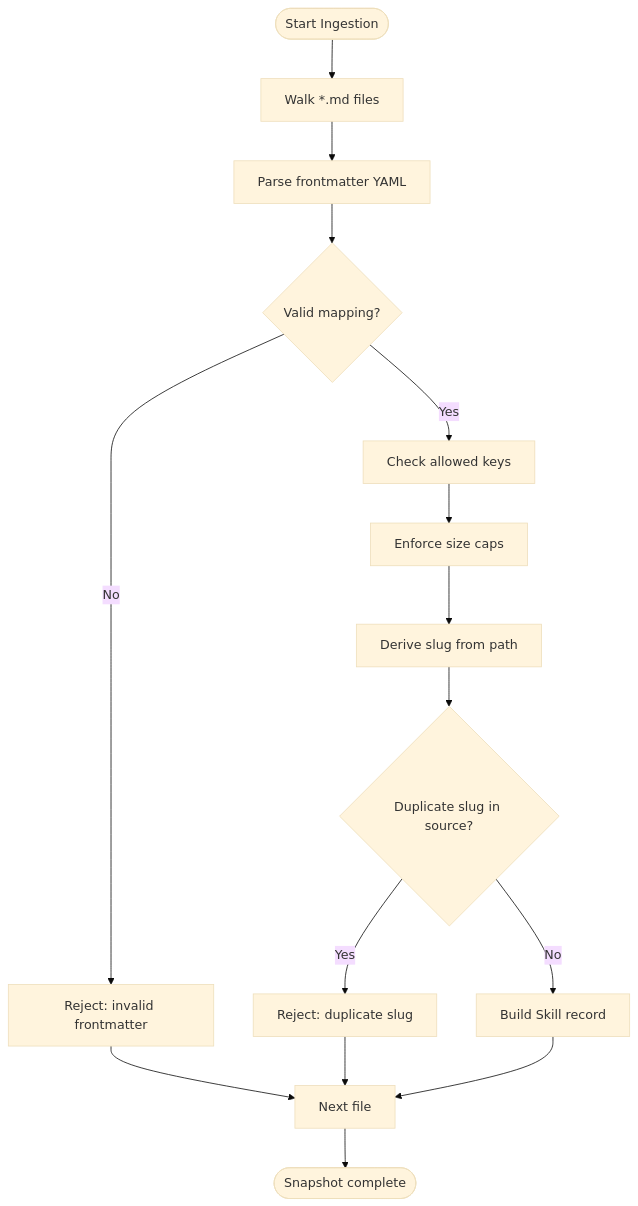
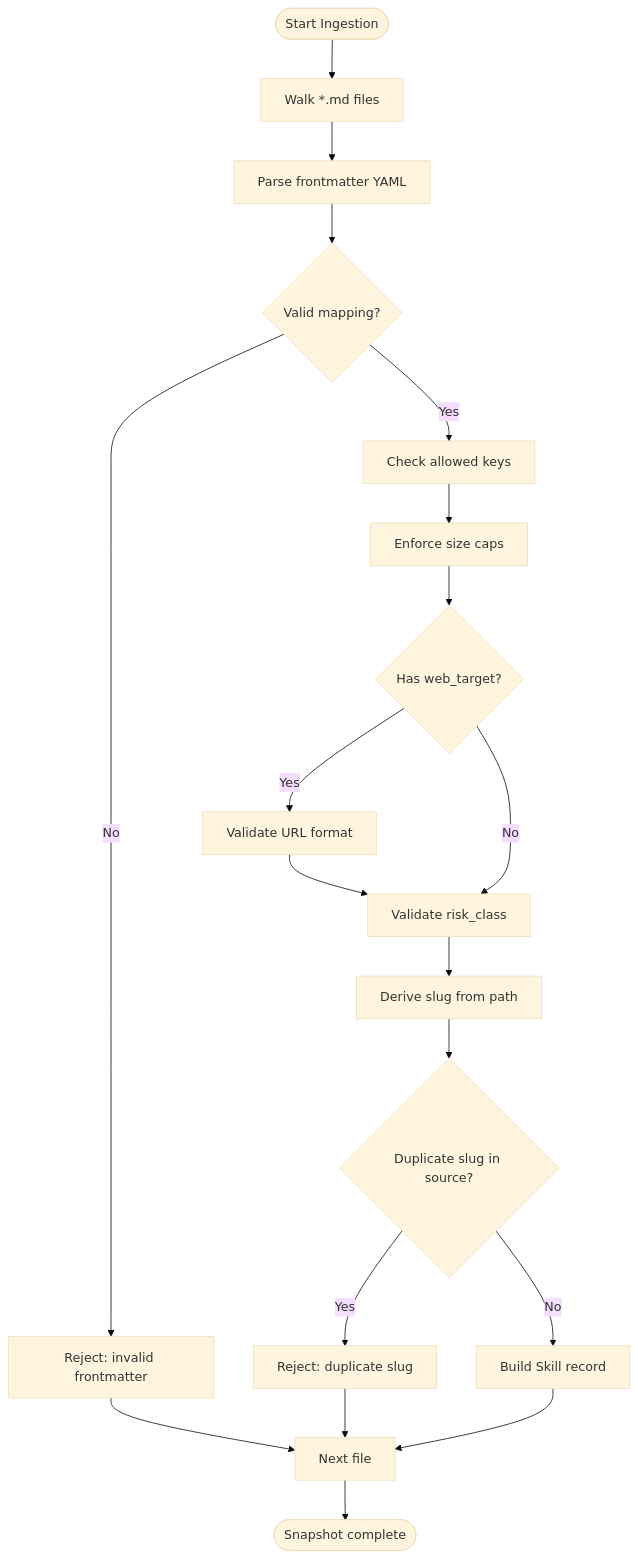
The third of 14 diagrams in .qoder/repowiki/en/content/Architecture Documentation/SPEC-014_ Skills and Grounded Guidance Specification.md (metasync/luban-aiops), drawn with Mermaid (base theme) before and after one commit. The commit also changed other lines of this file and 6 other files, not shown here.

````diff
--- a/.qoder/repowiki/en/content/Architecture Documentation/SPEC-014_ Skills and Grounded Guidance Specification.md
+++ b/.qoder/repowiki/en/content/Architecture Documentation/SPEC-014_ Skills and Grounded Guidance Specification.md
@@ -206,17 +249,21 @@
 ```mermaid
 flowchart TD
 Start(["Start Ingestion"]) --> Walk["Walk *.md files"]
 Walk --> Parse["Parse frontmatter YAML"]
 Parse --> ValidFM{"Valid mapping?"}
 ValidFM --> |No| RejectFM["Reject: invalid frontmatter"]
 ValidFM --> |Yes| CheckKeys["Check allowed keys"]
 CheckKeys --> SizeCaps["Enforce size caps"]
-SizeCaps --> Slug["Derive slug from path"]
+SizeCaps --> WebTarget{"Has web_target?"}
+WebTarget --> |Yes| ValidateURL["Validate URL format"]
+WebTarget --> |No| RiskClass["Validate risk_class"]
+ValidateURL --> RiskClass
+RiskClass --> Slug["Derive slug from path"]
 Slug --> Duplicate{"Duplicate slug in source?"}
 Duplicate --> |Yes| RejectDup["Reject: duplicate slug"]
 Duplicate --> |No| BuildRecord["Build Skill record"]
 BuildRecord --> Next["Next file"]
 RejectFM --> Next
 RejectDup --> Next
 Next --> End(["Snapshot complete"])
 ```
````
